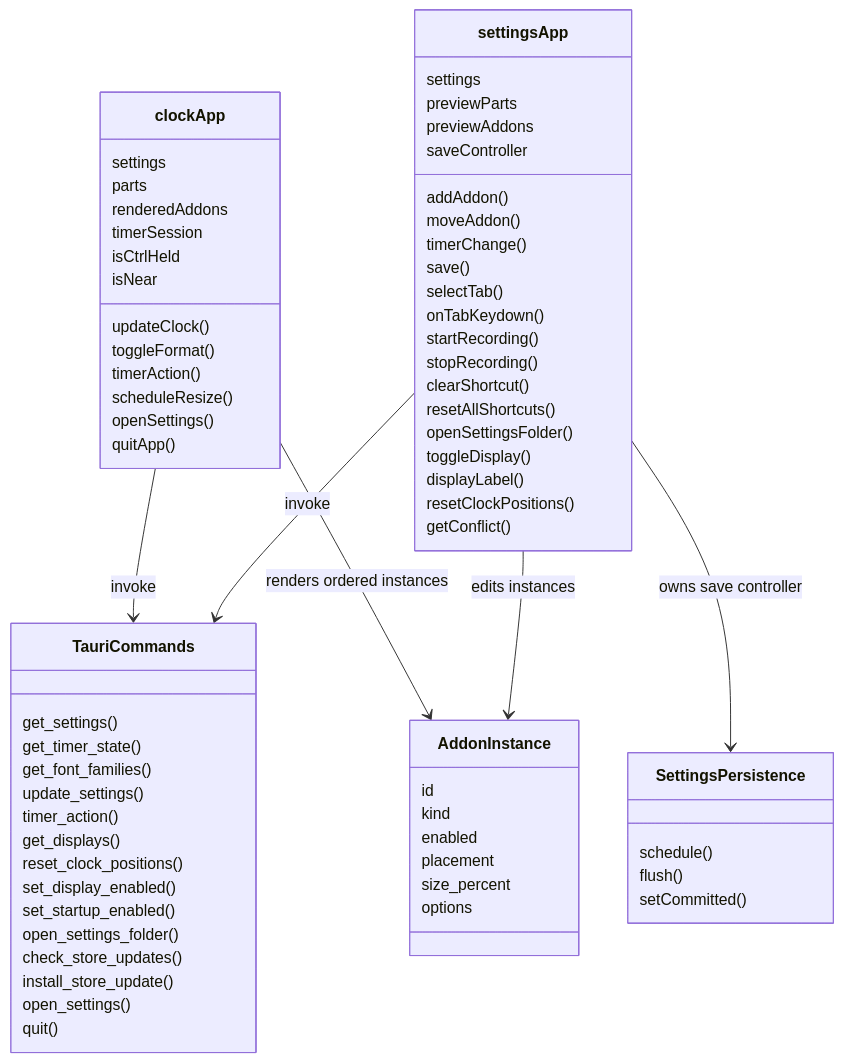
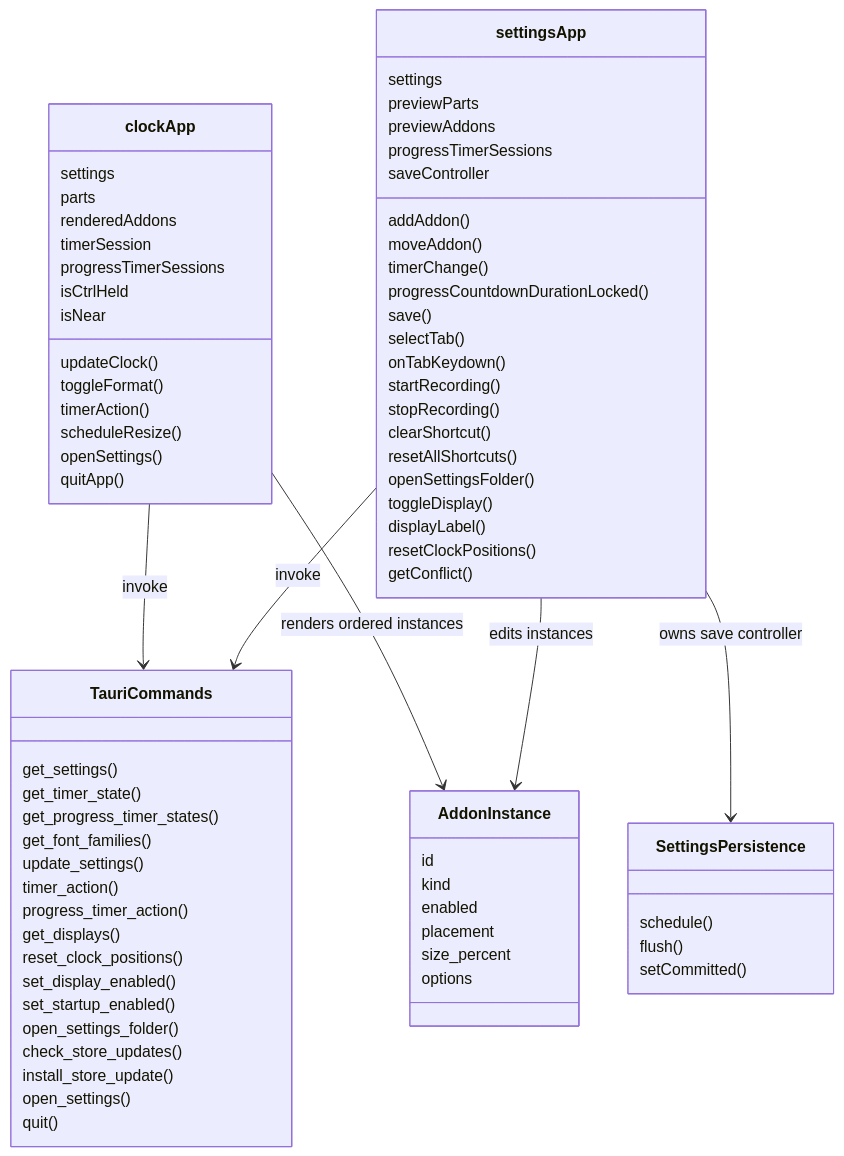
One commit to tbkmax/TopClock changed the fourth of 6 diagrams in src/doc/workflow_diagram.md. Above: the diagram before and after it, drawn with Mermaid. The commit also changed other lines of this file and 17 other files, not shown here.

Commit message:
fix(progress_bar): fix wrong behavior of countdown timer

````diff
--- a/src/doc/workflow_diagram.md
+++ b/src/doc/workflow_diagram.md
@@ -77,72 +77,77 @@
 ```mermaid
 classDiagram
     class clockApp {
       settings
       parts
       renderedAddons
       timerSession
+      progressTimerSessions
       isCtrlHeld
       isNear
       updateClock()
       toggleFormat()
       timerAction()
       scheduleResize()
       openSettings()
       quitApp()
     }
     class settingsApp {
       settings
       previewParts
       previewAddons
+      progressTimerSessions
       saveController
       addAddon()
       moveAddon()
       timerChange()
+      progressCountdownDurationLocked()
       save()
       selectTab()
       onTabKeydown()
       startRecording()
       stopRecording()
       clearShortcut()
       resetAllShortcuts()
       openSettingsFolder()
       toggleDisplay()
       displayLabel()
       resetClockPositions()
       getConflict()
     }
     class SettingsPersistence {
       schedule()
       flush()
       setCommitted()
     }
     class TauriCommands {
       get_settings()
       get_timer_state()
+      get_progress_timer_states()
       get_font_families()
       update_settings()
       timer_action()
+      progress_timer_action()
       get_displays()
       reset_clock_positions()
       set_display_enabled()
       set_startup_enabled()
       open_settings_folder()
       check_store_updates()
       install_store_update()
       open_settings()
       quit()
     }
     clockApp --> TauriCommands : invoke
     settingsApp --> TauriCommands : invoke
     settingsApp --> SettingsPersistence : owns save controller
     class AddonInstance {
       id
       kind
       enabled
       placement
       size_percent
       options
     }
     clockApp --> AddonInstance : renders ordered instances
     settingsApp --> AddonInstance : edits instances
 ```
````
